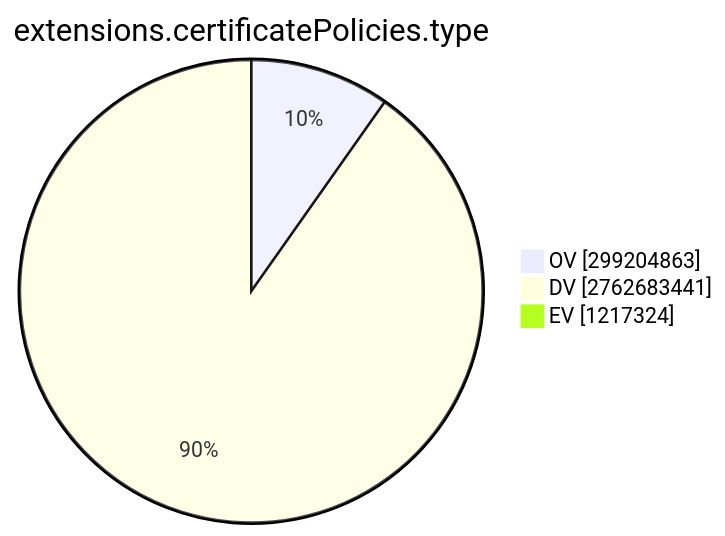
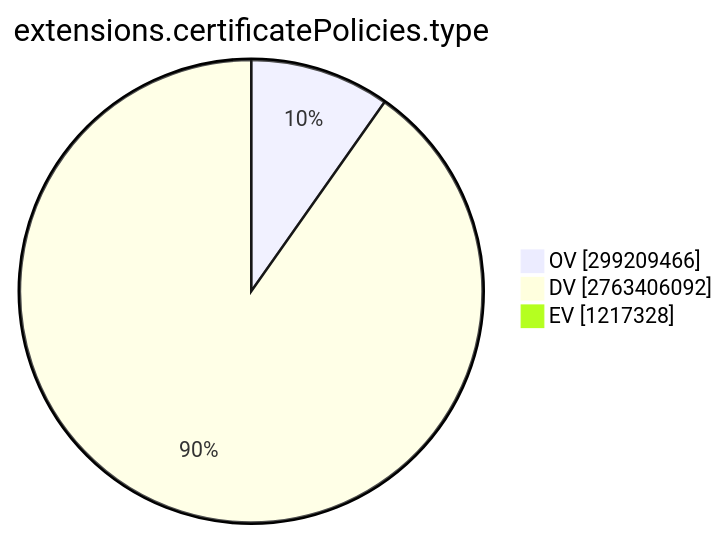
The ninth of 15 diagrams in TOTAL/README.md (christiankrug/ctmonitor_visualization), drawn with Mermaid before and after one commit. The commit also changed other lines of this file, not shown here.

````diff
--- a/TOTAL/README.md
+++ b/TOTAL/README.md
@@ -3101,7 +3101,7 @@
 ```mermaid
 pie showData
 title extensions.certificatePolicies.type
-"OV" :299204863
-"DV" :2762683441
-"EV" :1217324
+"OV" :299209466
+"DV" :2763406092
+"EV" :1217328
 ```
````
